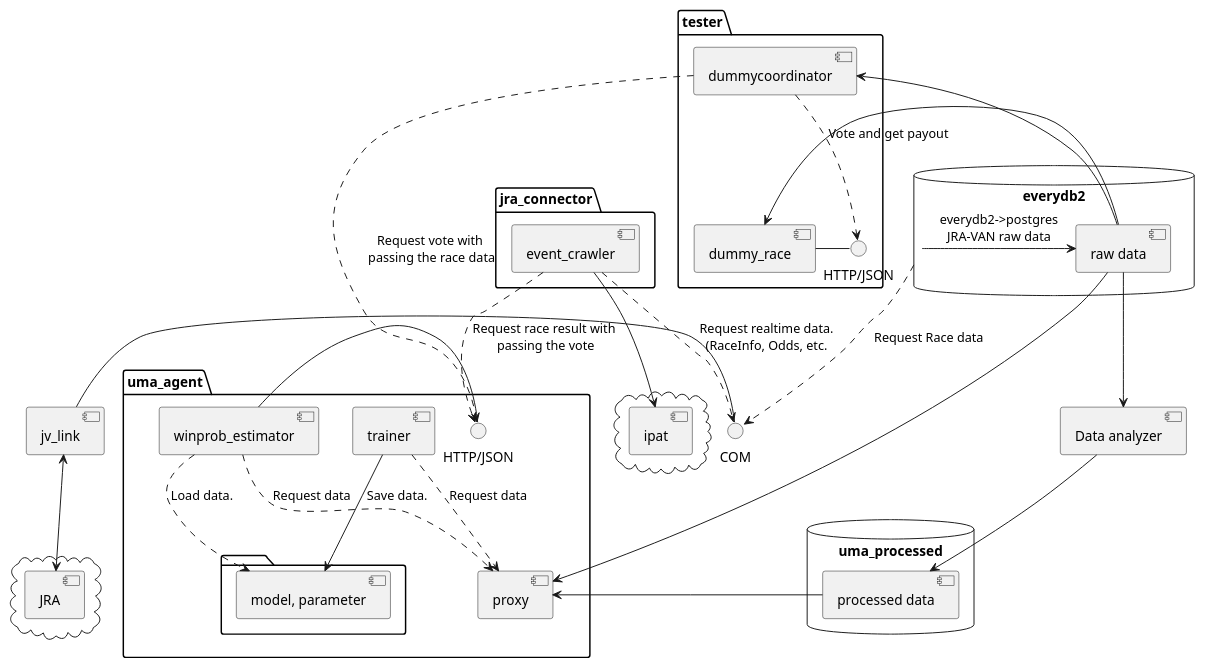
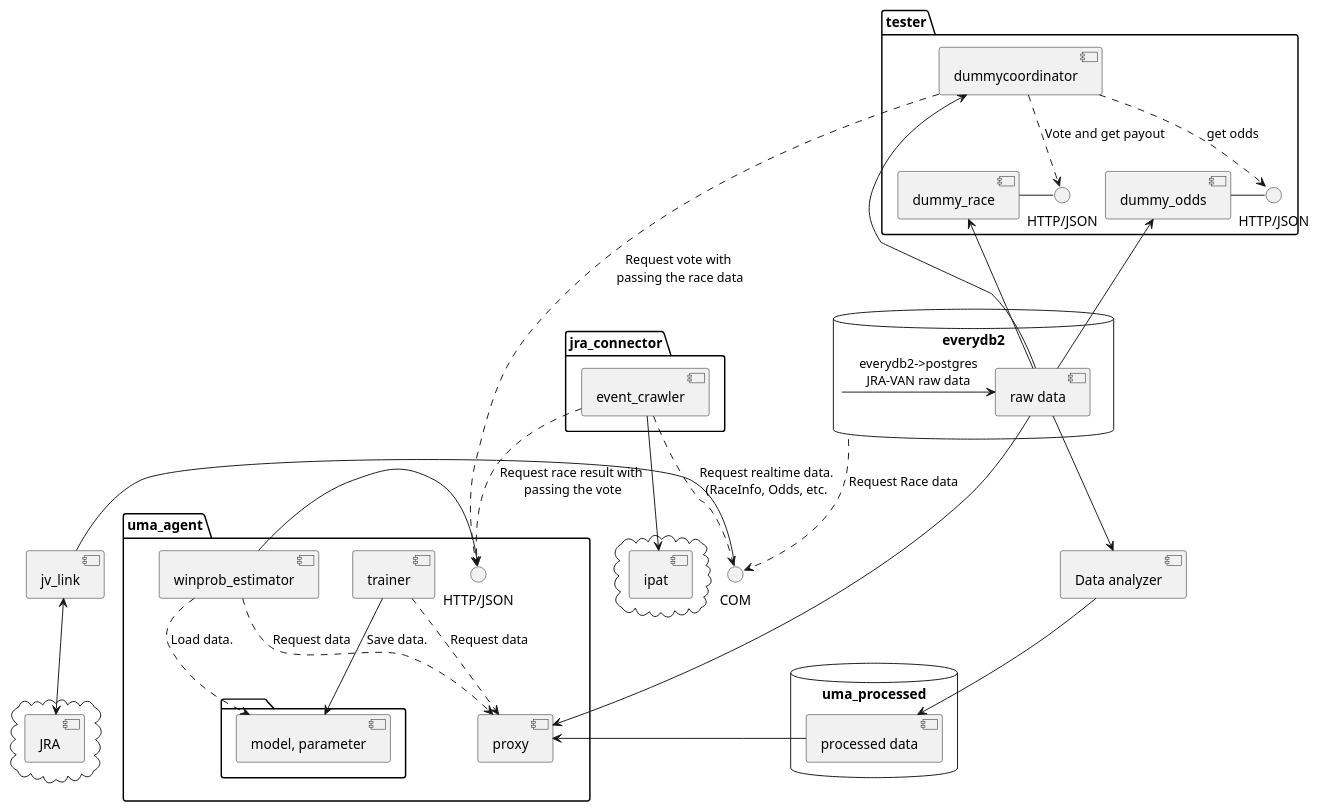
The diagram in software_design/system_overview.md (iwase22334/uma_document), drawn with PlantUML before and after one commit. The commit also changed 4 other files, not shown here.

```diff
--- a/software_design/system_overview.md
+++ b/software_design/system_overview.md
@@ -1,70 +1,75 @@
 @startuml
 
 database "everydb2" {
     component "raw data" as rawdata 
 }
 
 database "uma_processed" {
     component "processed data" as processeddata 
 }
 
 interface "COM" as jv_link_if
 [jv_link] - jv_link_if 
 
 [everydb2] ..> jv_link_if : "Request Race data"
 [everydb2] -> [rawdata] : "everydb2->postgres\nJRA-VAN raw data"
 
 package "jra_connector" {
     [event_crawler] ..> jv_link_if : "Request realtime data.\n(RaceInfo, Odds, etc."
 }
 
 package "uma_agent" {
     component "proxy" as proxy
 
     interface "HTTP/JSON" as agent_if
 
     folder {
         component "model, parameter" as model
     }
 
     [trainer] --> [model] : Save data.
 
     [trainer] ..> [proxy] : Request data
     [winprob_estimator] ..> [proxy] : Request data
 
     [winprob_estimator] - agent_if 
     [winprob_estimator] ..> [model] : Load data.
 }
 
 package "tester" { 
     interface "HTTP/JSON" as simulator_if
     [dummy_race] - simulator_if
     [dummycoordinator]
-    [dummycoordinator] ..> simulator_if : "Vote and get payout" 
-    [dummy_race] <- [rawdata]
+    [dummycoordinator] ..> simulator_if : "Vote and get payout"
+    [dummy_race] <-- [rawdata]
+
+    interface "HTTP/JSON" as dummyodds_if
+    [dummycoordinator] ..> dummyodds_if : "get odds"
+    [dummy_odds] - dummyodds_if
+    [dummy_odds] <-- [rawdata]
 }
 
 cloud {
     [ipat]
 }
 
 cloud {
     [JRA]
 }
 
 [jv_link] <--> [JRA]
 [event_crawler] ..> agent_if: "Request race result with\n passing the vote"
 [event_crawler] --> [ipat]
 
 [dummycoordinator] <- [rawdata]
 [dummycoordinator] ..> agent_if : "Request vote with\n passing the race data"
 
 [rawdata] -> [proxy]
 [processeddata] -> [proxy]
 
 component "Data analyzer" as dataanalyzer
 [rawdata] --> [dataanalyzer]
 [dataanalyzer] --> [processeddata]
 
 
 @enduml
```
